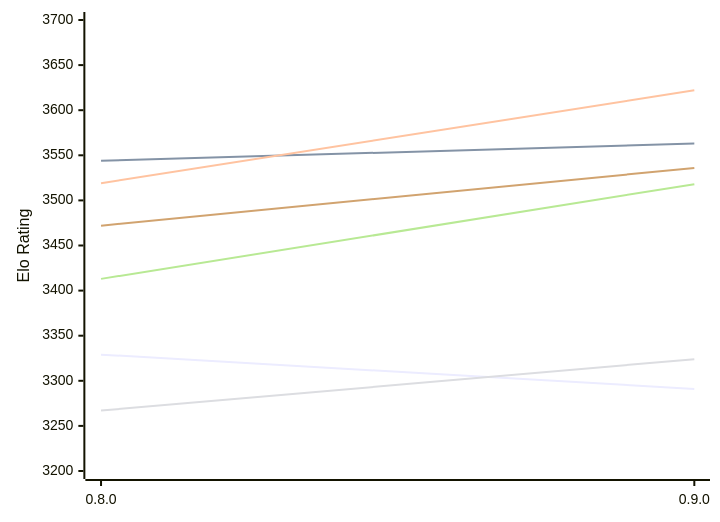
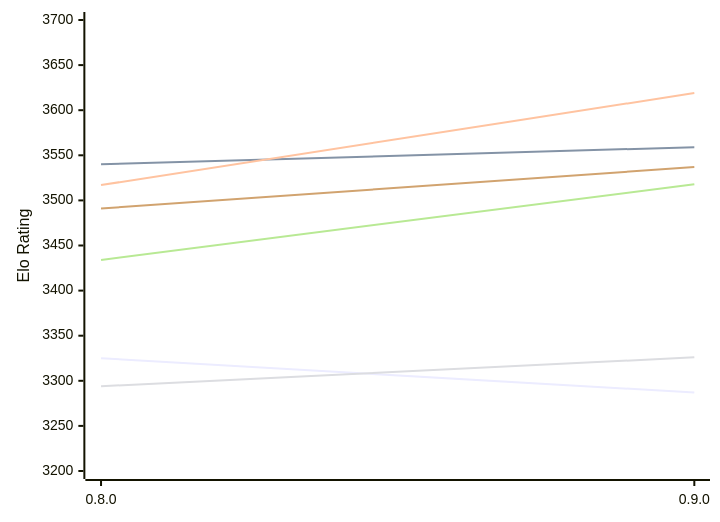
The first of 2 diagrams in engines/Motor.md (computer-chess-index/cci), drawn with Mermaid before and after one commit. The commit also changed other lines of this file, not shown here.

Commit message:
Update CCI Ratings (ELO VLTC) - 2026-11-21

````diff
--- a/engines/Motor.md
+++ b/engines/Motor.md
@@ -51,12 +51,12 @@
 ```mermaid
 %%{init: {"theme":"base","themeVariables":{"seriesColors:['#a3a3a3','#222221','#faa371']}}}%%
 xychart-beta
   x-axis ["0.8.0", "0.9.0"]
   y-axis "Elo Rating" 3200 --> 3700
-  line "E1: STC (8.0+0.08s)" [3329, 3291]
-  line "E1: LTC (60.0+0.60s)" [3544, 3563]
-  line "E1: VLTC (2m24s+1.12s)" [3519, 3622]
-  line "P1: STC (8.0+0.08s)" [3267, 3324]
-  line "P1: LTC (60.0+0.60s)" [3413, 3518]
-  line "P1: VLTC (2m24s+1.12s)" [3472, 3536]
+  line "E1: STC (8.0+0.08s)" [3325, 3287]
+  line "E1: LTC (60.0+0.60s)" [3540, 3559]
+  line "E1: VLTC (2m24s+1.12s)" [3517, 3619]
+  line "P1: STC (8.0+0.08s)" [3294, 3326]
+  line "P1: LTC (60.0+0.60s)" [3434, 3518]
+  line "P1: VLTC (2m24s+1.12s)" [3491, 3537]
 ```
````
